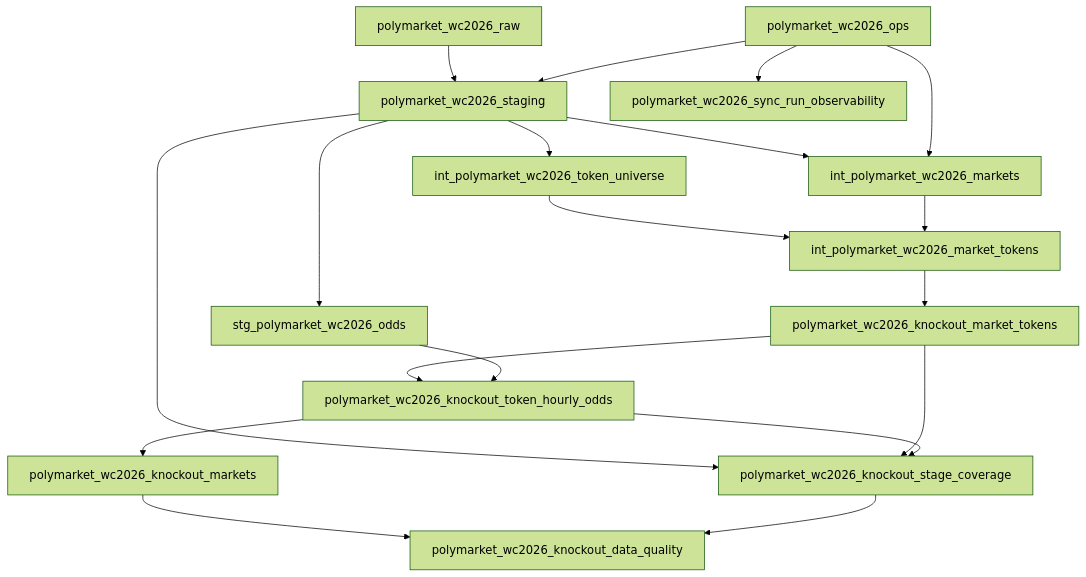
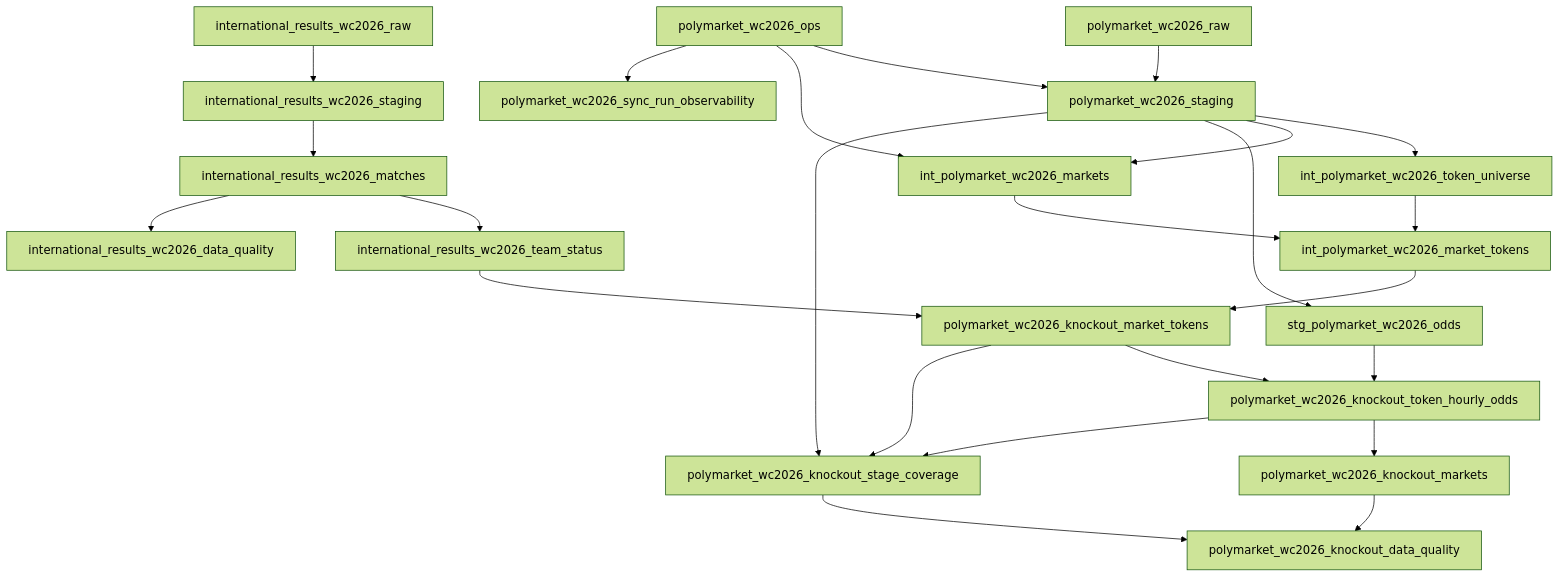
One commit to hypertrial/oddsfox-pipeline changed the second of 2 diagrams in docs/architecture.md. Above: the diagram before and after it, drawn with Mermaid (forest theme). The commit also changed other lines of this file and 56 other files, not shown here.

Commit message:
Add WC2026 results ingestion and team-gated marts

````diff
--- a/docs/architecture.md
+++ b/docs/architecture.md
@@ -52,21 +58,26 @@
 ```mermaid
 flowchart TD
     raw["polymarket_wc2026_raw"] --> staging["polymarket_wc2026_staging"]
+    results_raw["international_results_wc2026_raw"] --> results_staging["international_results_wc2026_staging"]
+    results_staging --> matches["international_results_wc2026_matches"]
+    matches --> team_status["international_results_wc2026_team_status"]
     ops["polymarket_wc2026_ops"] --> staging
     staging --> token_universe["int_polymarket_wc2026_token_universe"]
     staging --> wc2026_markets_int["int_polymarket_wc2026_markets"]
     staging --> odds["stg_polymarket_wc2026_odds"]
     ops --> wc2026_markets_int
     token_universe --> wc2026_tokens["int_polymarket_wc2026_market_tokens"]
     wc2026_markets_int --> wc2026_tokens
+    team_status --> knockout_tokens
     wc2026_tokens --> knockout_tokens["polymarket_wc2026_knockout_market_tokens"]
     knockout_tokens --> knockout_hourly["polymarket_wc2026_knockout_token_hourly_odds"]
     odds --> knockout_hourly
     knockout_hourly --> knockout_markets["polymarket_wc2026_knockout_markets"]
     staging --> stage_coverage["polymarket_wc2026_knockout_stage_coverage"]
     knockout_tokens --> stage_coverage
     knockout_hourly --> stage_coverage
     knockout_markets --> data_quality["polymarket_wc2026_knockout_data_quality"]
     stage_coverage --> data_quality
     ops --> observability["polymarket_wc2026_sync_run_observability"]
+    matches --> results_dq["international_results_wc2026_data_quality"]
 ```
````
